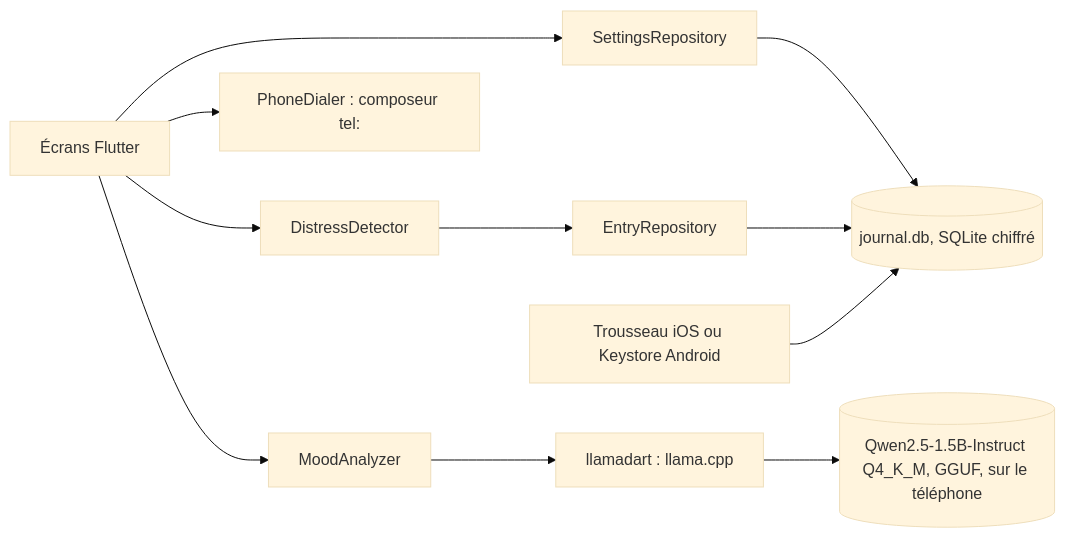
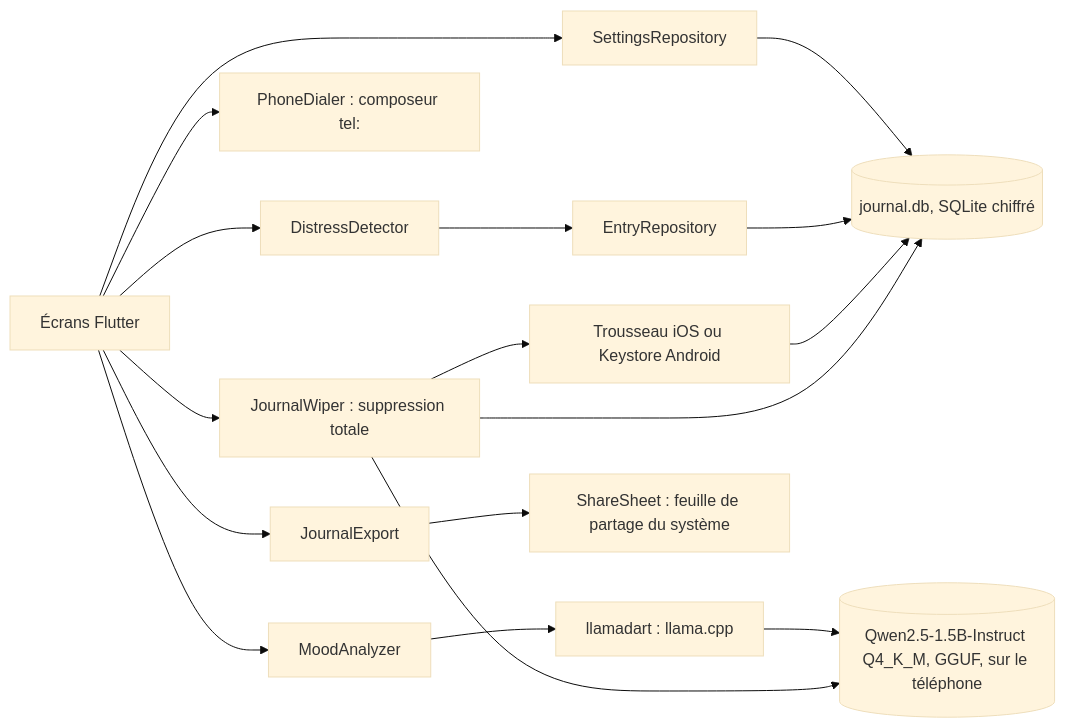
One commit to yanis-vroland/Tidemark changed the first of 2 diagrams in docs/architecture-technique.md. Above: the diagram before and after it, drawn with Mermaid (base theme). The commit also changed other lines of this file and 15 other files, not shown here.

Commit message:
feat: export du journal et suppression totale (spec 005)

````diff
--- a/docs/architecture-technique.md
+++ b/docs/architecture-technique.md
@@ -11,13 +11,19 @@
 ```mermaid
 flowchart LR
   ui[Écrans Flutter] --> guard[DistressDetector]
   guard --> repo[EntryRepository]
   ui --> settings[SettingsRepository]
   settings --> db
   ui --> dialer[PhoneDialer : composeur tel:]
   repo --> db[(journal.db, SQLite chiffré)]
   key[Trousseau iOS ou Keystore Android] --> db
   ui --> analyzer[MoodAnalyzer]
   analyzer --> engine[llamadart : llama.cpp]
   engine --> model[(Qwen2.5-1.5B-Instruct Q4_K_M, GGUF, sur le téléphone)]
+  ui --> export[JournalExport]
+  export --> share[ShareSheet : feuille de partage du système]
+  ui --> wiper[JournalWiper : suppression totale]
+  wiper --> db
+  wiper --> key
+  wiper --> model
 ```
````
